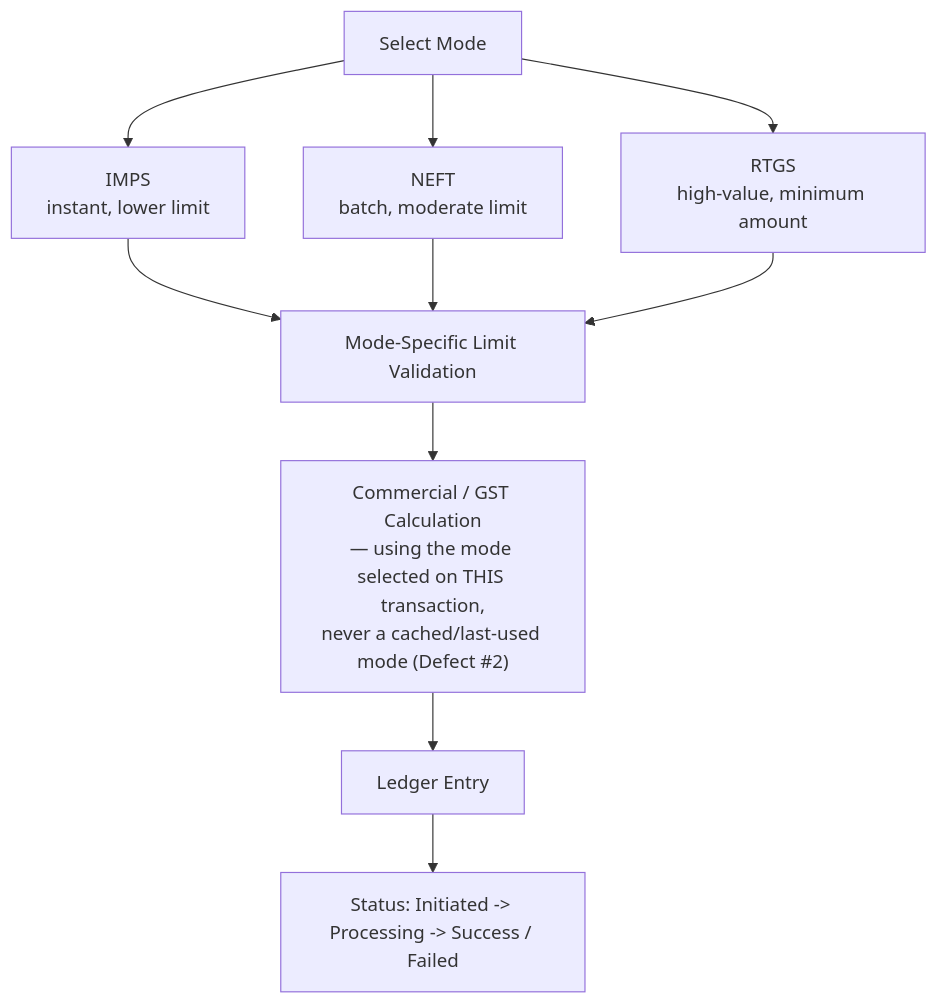
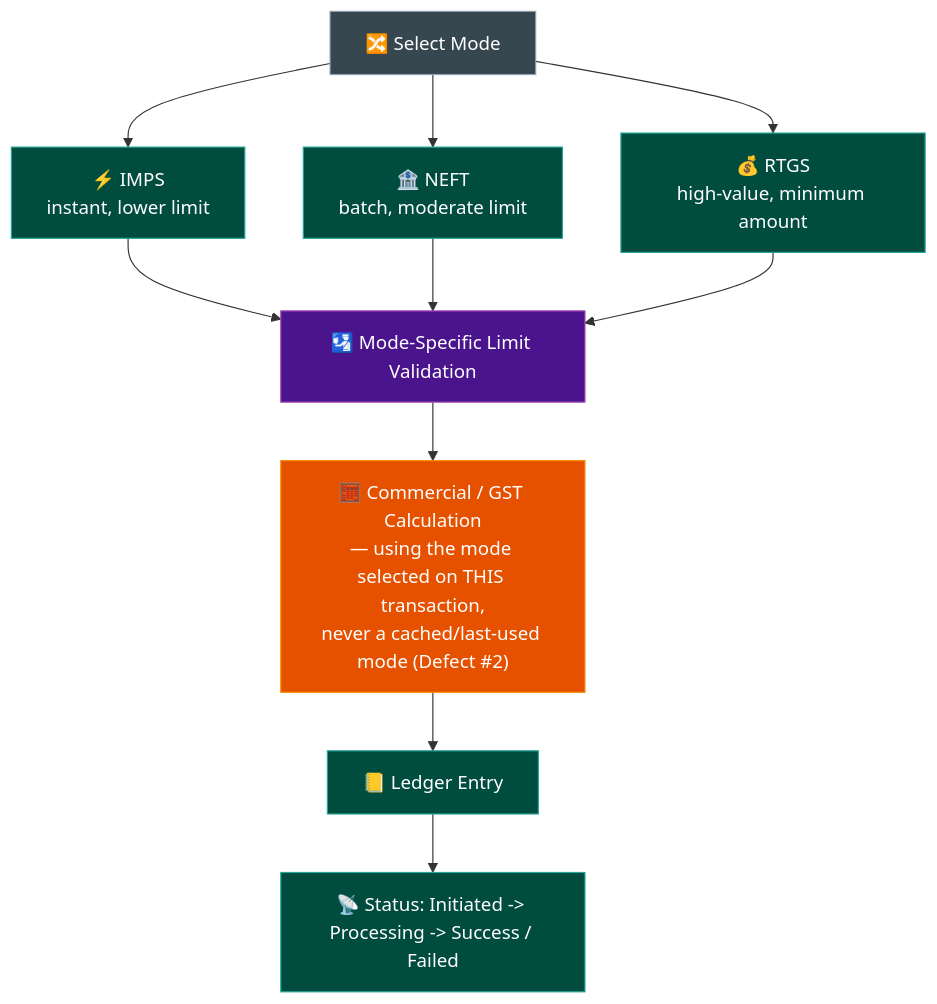
Before and after one commit to ghanendra-sdet/fintech-payout-engine: the fifth of 7 diagrams in docs/architecture-and-flow.md, drawn with Mermaid. The commit also changed other lines of this file, not shown here.

Commit message:
docs: enhance architecture diagrams and generalize cross-repo testing insight

````diff
--- a/docs/architecture-and-flow.md
+++ b/docs/architecture-and-flow.md
@@ -95,12 +124,22 @@
 ```mermaid
 flowchart TD
-    Select["Select Mode"] --> IMPS["IMPS<br/>instant, lower limit"]
-    Select --> NEFT["NEFT<br/>batch, moderate limit"]
-    Select --> RTGS["RTGS<br/>high-value, minimum amount"]
-    IMPS --> Limit["Mode-Specific Limit Validation"]
+    Select["🔀 Select Mode"] --> IMPS["⚡ IMPS<br/>instant, lower limit"]
+    Select --> NEFT["🏦 NEFT<br/>batch, moderate limit"]
+    Select --> RTGS["💰 RTGS<br/>high-value, minimum amount"]
+    IMPS --> Limit["🛂 Mode-Specific Limit Validation"]
     NEFT --> Limit
     RTGS --> Limit
-    Limit --> Calc["Commercial / GST Calculation<br/>— using the mode selected on THIS transaction,<br/>never a cached/last-used mode (Defect #2)"]
-    Calc --> Ledger["Ledger Entry"]
-    Ledger --> StatusFlow["Status: Initiated -> Processing -> Success / Failed"]
+    Limit --> Calc["🧮 Commercial / GST Calculation<br/>— using the mode selected on THIS transaction,<br/>never a cached/last-used mode (Defect #2)"]
+    Calc --> Ledger["📒 Ledger Entry"]
+    Ledger --> StatusFlow["📡 Status: Initiated -> Processing -> Success / Failed"]
+
+    classDef service fill:#004d40,stroke:#26a69a,color:#fff
+    classDef gate fill:#4a148c,stroke:#ab47bc,color:#fff
+    classDef warn fill:#e65100,stroke:#fb8c00,color:#fff
+    classDef neutral fill:#37474f,stroke:#90a4ae,color:#fff
+    class Select neutral
+    class IMPS,NEFT,RTGS service
+    class Limit gate
+    class Calc warn
+    class Ledger,StatusFlow service
 ```
````
